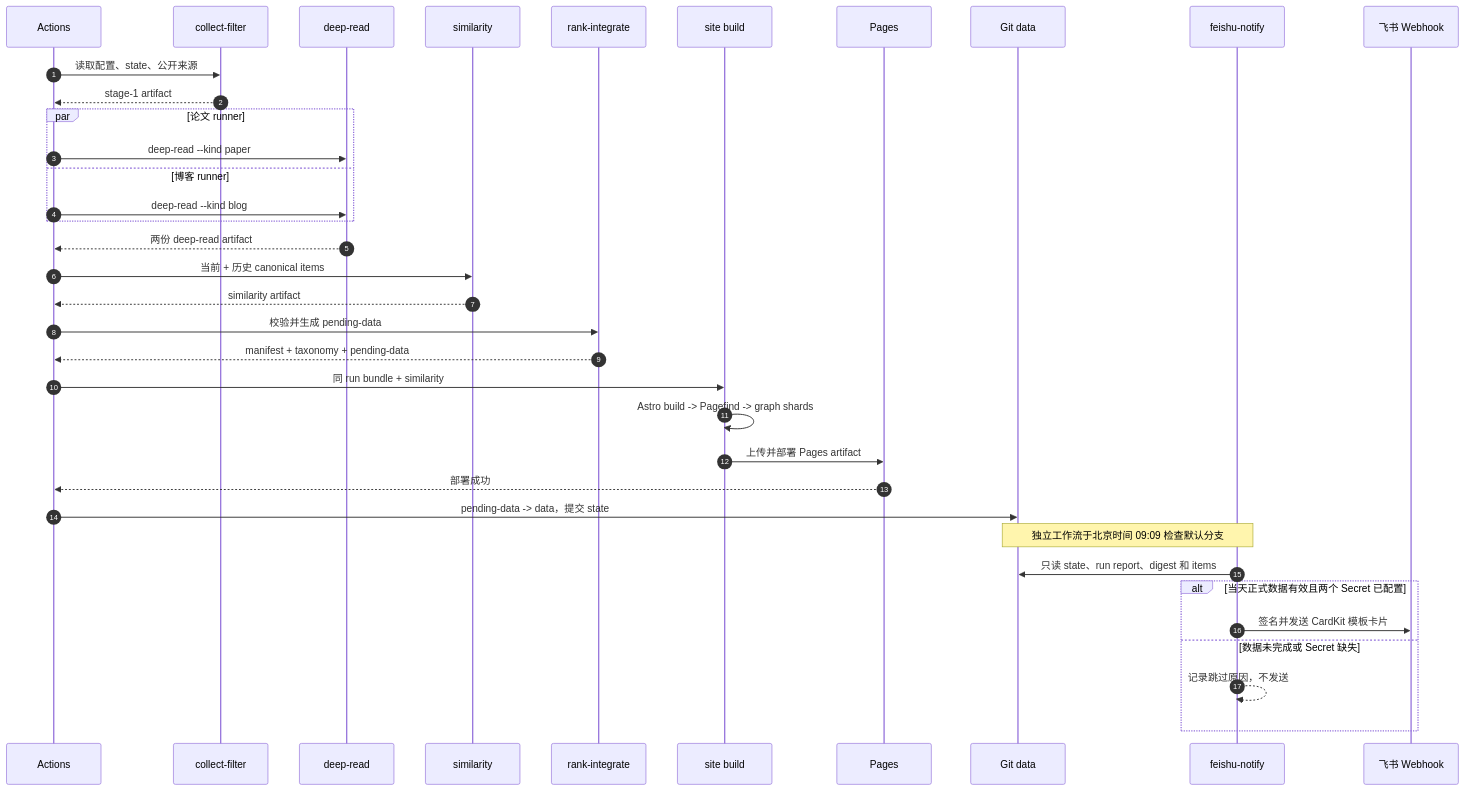
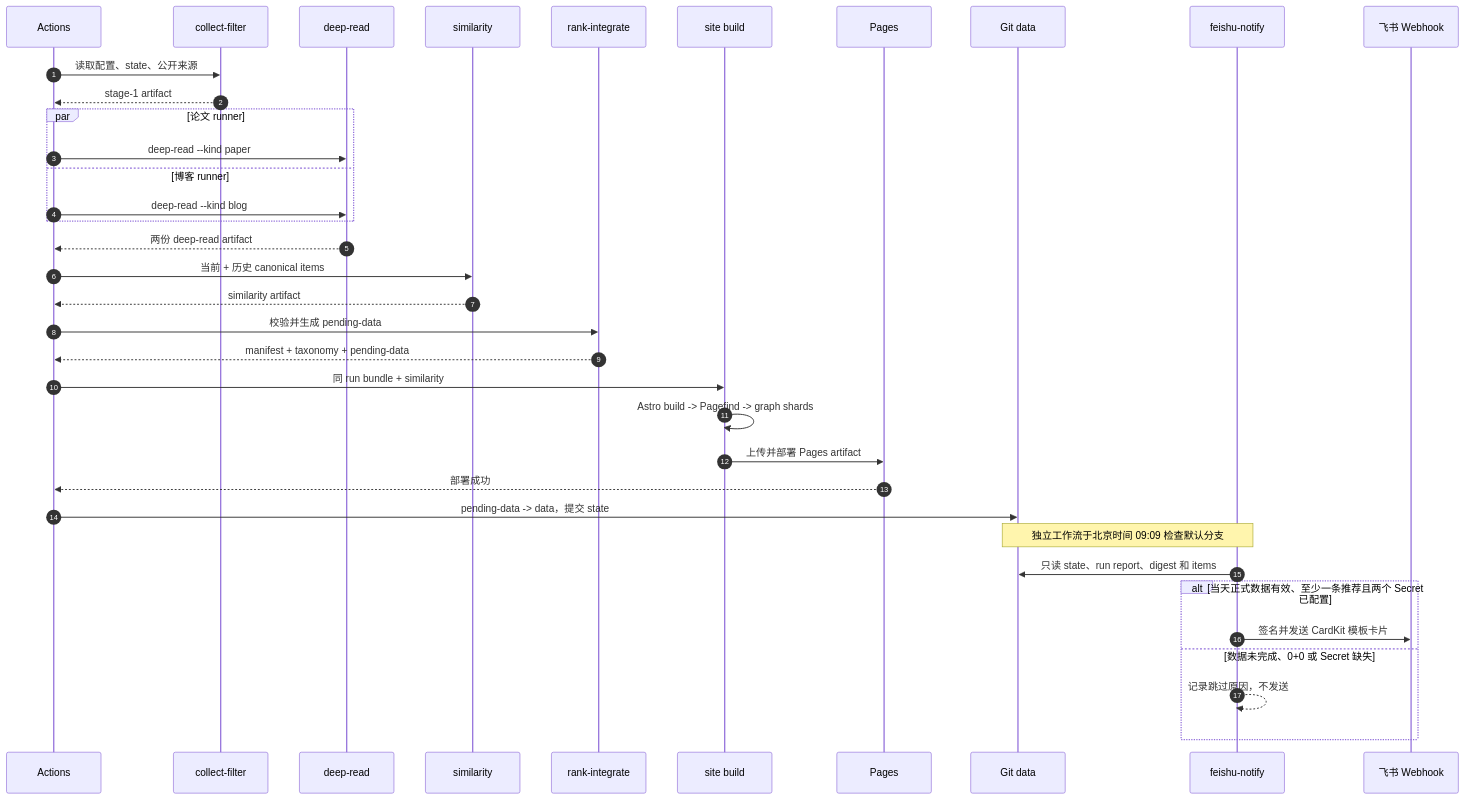
The second of 4 diagrams in docs/architecture.md (Bin-Zhang-hhht/rec-sys-daily), drawn with Mermaid before and after one commit. The commit also changed other lines of this file and 4 other files, not shown here.

````diff
--- a/docs/architecture.md
+++ b/docs/architecture.md
@@ -52,39 +52,39 @@
 ```mermaid
 sequenceDiagram
     autonumber
     participant A as Actions
     participant C as collect-filter
     participant D as deep-read
     participant S as similarity
     participant R as rank-integrate
     participant W as site build
     participant P as Pages
     participant G as Git data
     participant N as feishu-notify
     participant F as 飞书 Webhook
 
     A->>C: 读取配置、state、公开来源
     C-->>A: stage-1 artifact
     par 论文 runner
         A->>D: deep-read --kind paper
     and 博客 runner
         A->>D: deep-read --kind blog
     end
     D-->>A: 两份 deep-read artifact
     A->>S: 当前 + 历史 canonical items
     S-->>A: similarity artifact
     A->>R: 校验并生成 pending-data
     R-->>A: manifest + taxonomy + pending-data
     A->>W: 同 run bundle + similarity
     W->>W: Astro build -> Pagefind -> graph shards
     W->>P: 上传并部署 Pages artifact
     P-->>A: 部署成功
     A->>G: pending-data -> data，提交 state
     Note over N,G: 独立工作流于北京时间 09:09 检查默认分支
     N->>G: 只读 state、run report、digest 和 items
-    alt 当天正式数据有效且两个 Secret 已配置
+    alt 当天正式数据有效、至少一条推荐且两个 Secret 已配置
         N->>F: 签名并发送 CardKit 模板卡片
-    else 数据未完成或 Secret 缺失
+    else 数据未完成、0+0 或 Secret 缺失
         N-->>N: 记录跳过原因，不发送
     end
 ```
````
